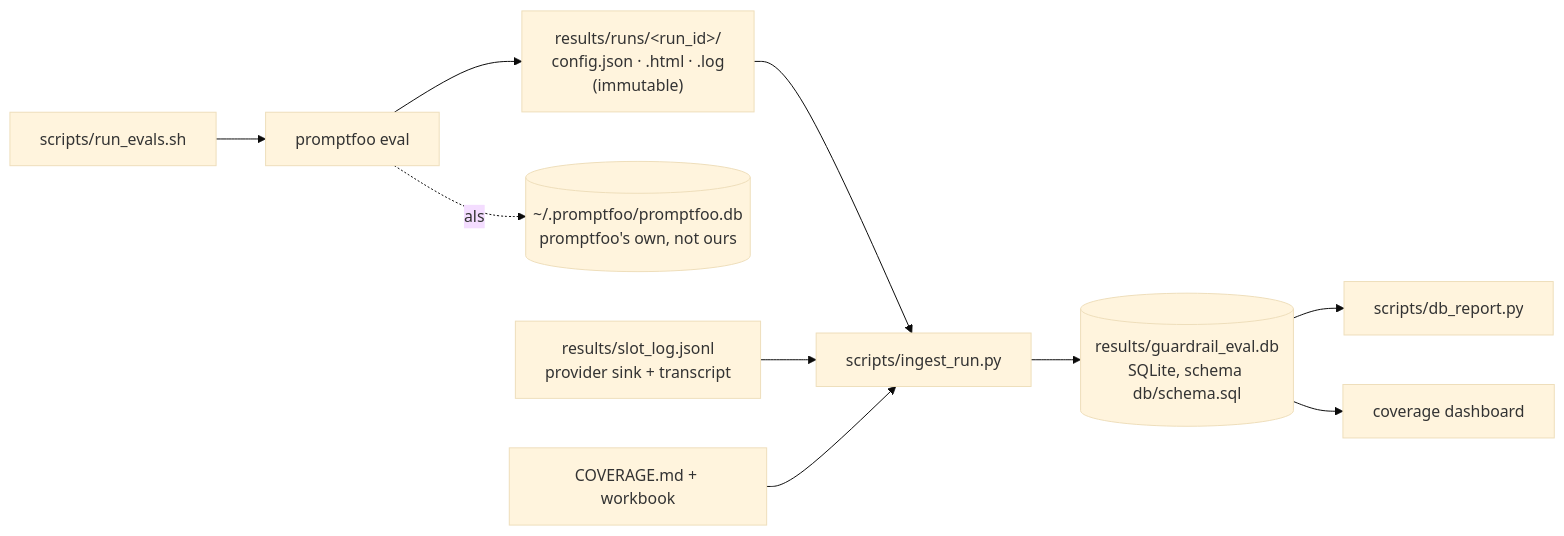
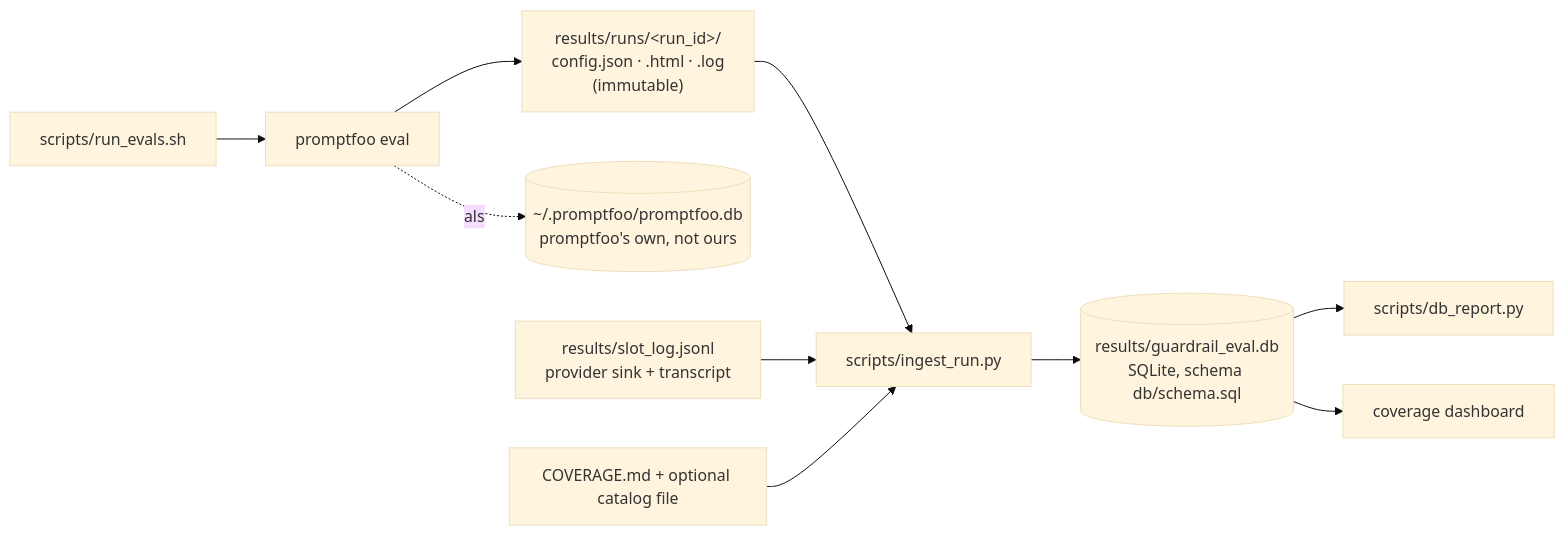
Before and after one commit to hackershmave1/guardrail-eval: the second of 2 diagrams in docs/RESULTS_DB.md, drawn with Mermaid (base theme). The commit also changed other lines of this file and 12 other files, not shown here.

````diff
--- a/docs/RESULTS_DB.md
+++ b/docs/RESULTS_DB.md
@@ -23,12 +23,12 @@
 ```mermaid
 flowchart LR
     A["scripts/run_evals.sh"] --> B["promptfoo eval"]
     B --> C["results/runs/&lt;run_id&gt;/<br/>config.json · .html · .log<br/>(immutable)"]
     B -.also.-> P[("~/.promptfoo/promptfoo.db<br/>promptfoo's own, not ours")]
     C --> D["scripts/ingest_run.py"]
     S["results/slot_log.jsonl<br/>provider sink + transcript"] --> D
     D --> E[("results/guardrail_eval.db<br/>SQLite, schema db/schema.sql")]
-    W["COVERAGE.md + workbook"] --> D
+    W["COVERAGE.md + optional catalog file"] --> D
     E --> F["scripts/db_report.py"]
     E --> G["coverage dashboard"]
 ```
````
